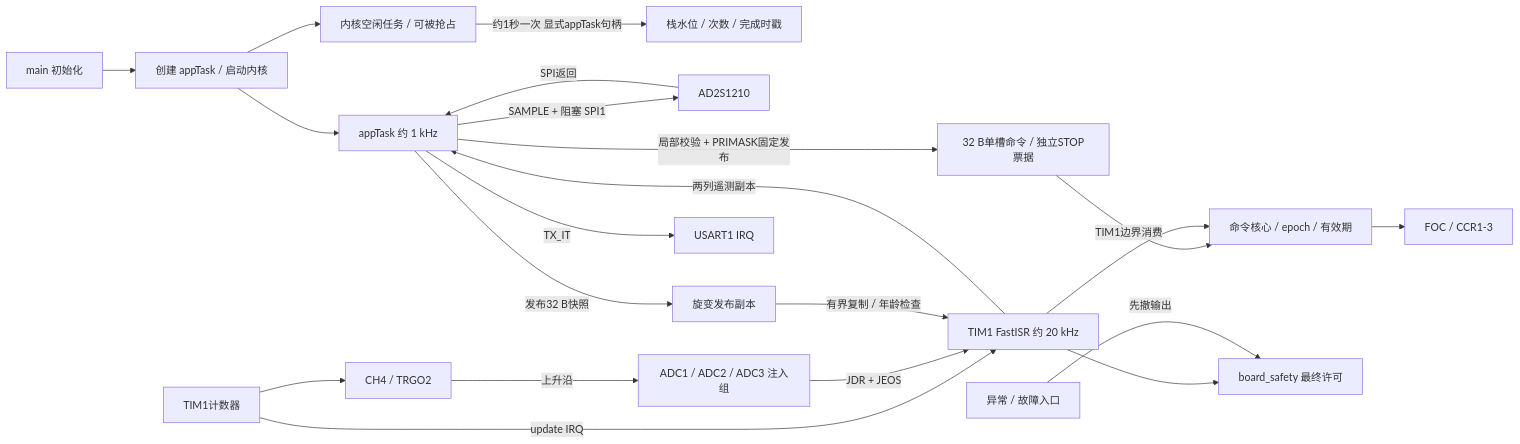
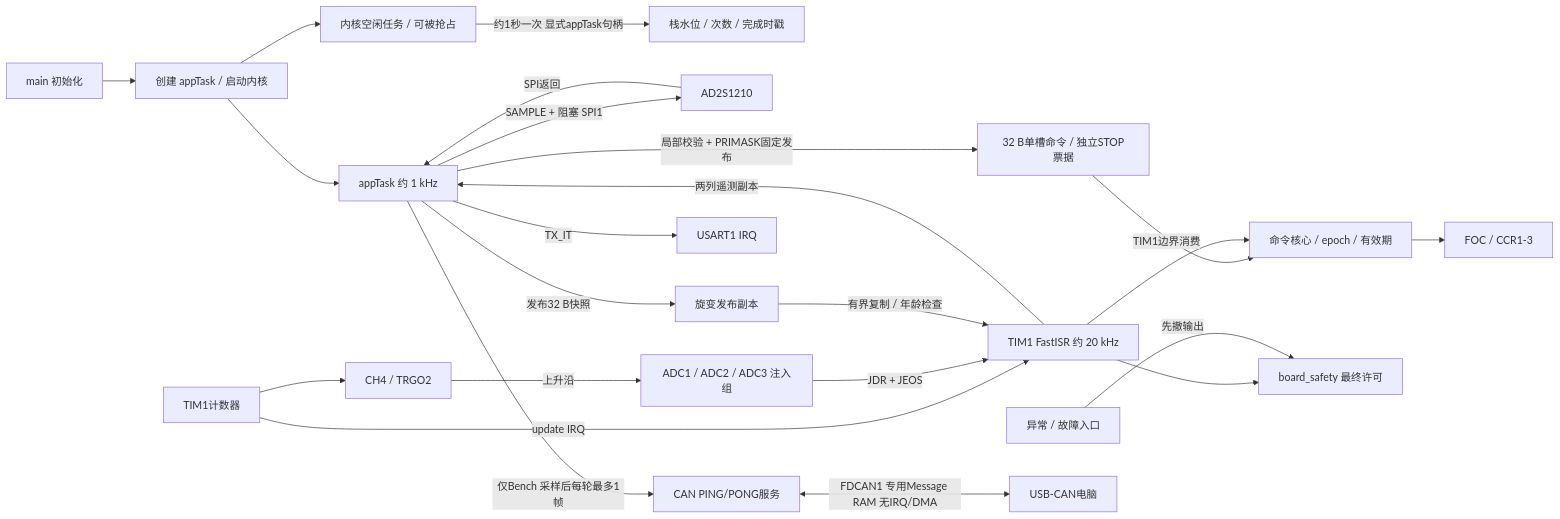
The diagram in docs/ARCHITECTURE.md (XLeOLe10/Pro1_HighVolODrive), drawn with Mermaid before and after one commit. The commit also changed other lines of this file and 28 other files, not shown here.

Commit message:
完成 CAN PING/PONG 连通

````diff
--- a/docs/ARCHITECTURE.md
+++ b/docs/ARCHITECTURE.md
@@ -13,23 +13,25 @@
 ```mermaid
 flowchart LR
     M[main 初始化] --> K[创建 appTask / 启动内核]
     K --> A[appTask 约 1 kHz]
     K --> IDLE[内核空闲任务 / 可被抢占]
     IDLE -->|约1秒一次 显式appTask句柄| STK[栈水位 / 次数 / 完成时戳]
     A -->|SAMPLE + 阻塞 SPI1| R[AD2S1210]
     R -->|SPI返回| A
     A -->|发布32 B快照| S[旋变发布副本]
     T[TIM1计数器] --> P[CH4 / TRGO2]
     P -->|上升沿| ADC[ADC1 / ADC2 / ADC3 注入组]
     T -->|update IRQ| I[TIM1 FastISR 约 20 kHz]
     ADC -->|JDR + JEOS| I
     S -->|有界复制 / 年龄检查| I
     A -->|局部校验 + PRIMASK固定发布| Q[32 B单槽命令 / 独立STOP票据]
     Q -->|TIM1边界消费| BND[命令核心 / epoch / 有效期]
     I --> BND
     BND --> C[FOC / CCR1-3]
     I --> B[board_safety 最终许可]
     F[异常 / 故障入口] -->|先撤输出| B
     I -->|两列遥测副本| A
     A -->|TX_IT| U[USART1 IRQ]
+    A -->|仅Bench 采样后每轮最多1帧| CAN[CAN PING/PONG服务]
+    CAN <-->|FDCAN1 专用Message RAM 无IRQ/DMA| PC[USB-CAN电脑]
 ```
````
